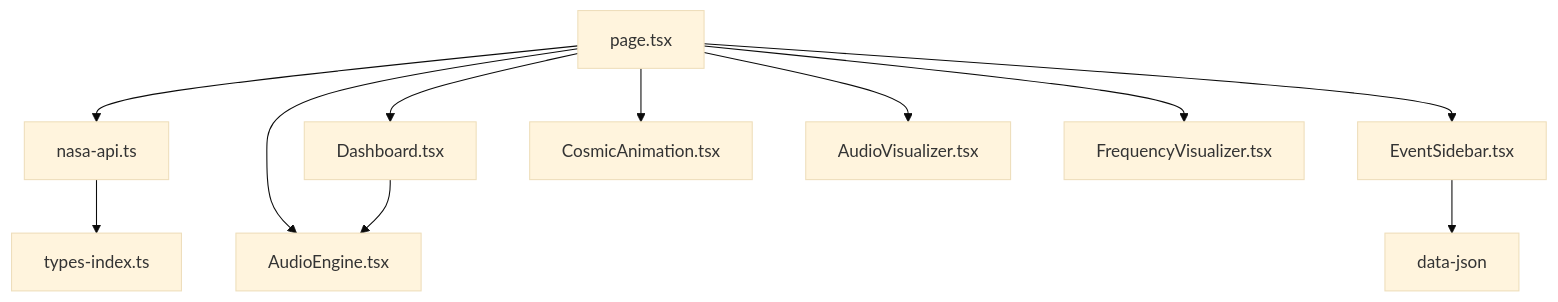
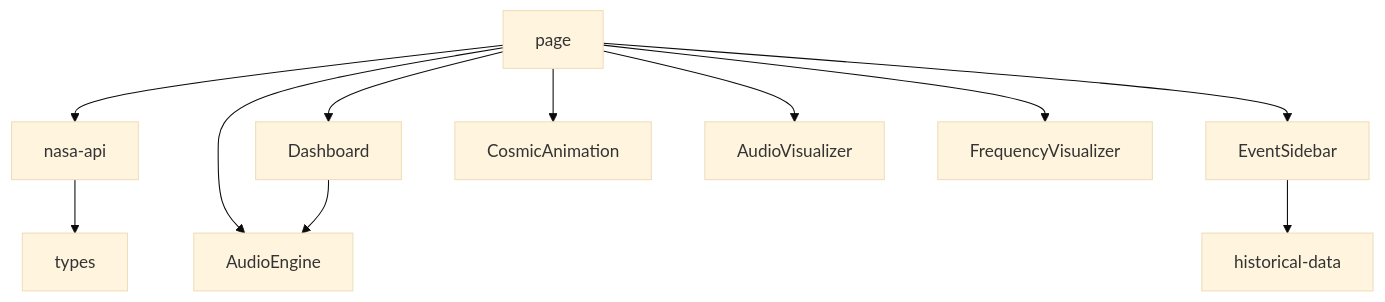
Before and after one commit to CTRLD3FEAT/Heliophon: the third of 3 diagrams in README.md, drawn with Mermaid (base theme). The commit also changed other lines of this file, not shown here.

Commit message:
docs: fix Mermaid - no special chars in edge/node labels
- Edge labels: plain text only (no /, |, >, >=)
- Node IDs: simple alphanumeric
- Node labels: no pipes, arrows, special chars

````diff
--- a/README.md
+++ b/README.md
@@ -171,13 +171,13 @@
 ```mermaid
 flowchart TB
-    Page[page.tsx] --> API[nasa-api.ts]
-    Page --> Dash[Dashboard.tsx]
-    Page --> Side[EventSidebar.tsx]
-    Page --> Cosmic[CosmicAnimation.tsx]
-    Page --> AVis[AudioVisualizer.tsx]
-    Page --> FVis[FrequencyVisualizer.tsx]
-    Page --> AEng[AudioEngine.tsx]
+    Page[page] --> API[nasa-api]
+    Page --> Dash[Dashboard]
+    Page --> Side[EventSidebar]
+    Page --> Cosmic[CosmicAnimation]
+    Page --> AVis[AudioVisualizer]
+    Page --> FVis[FrequencyVisualizer]
+    Page --> AEng[AudioEngine]
     Dash --> AEng
-    API --> Types[types-index.ts]
-    Side --> Hist[data-json]
+    API --> Types[types]
+    Side --> Hist[historical-data]
 ```
````
